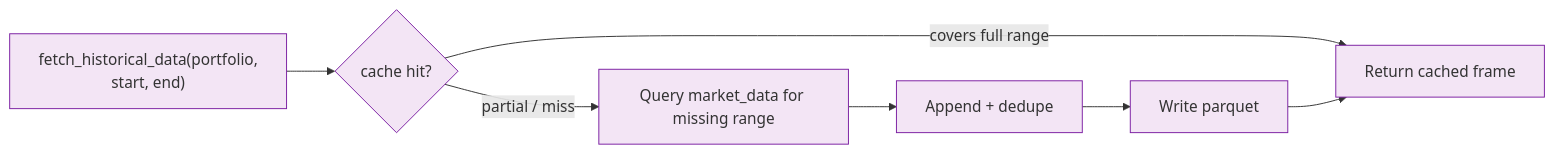
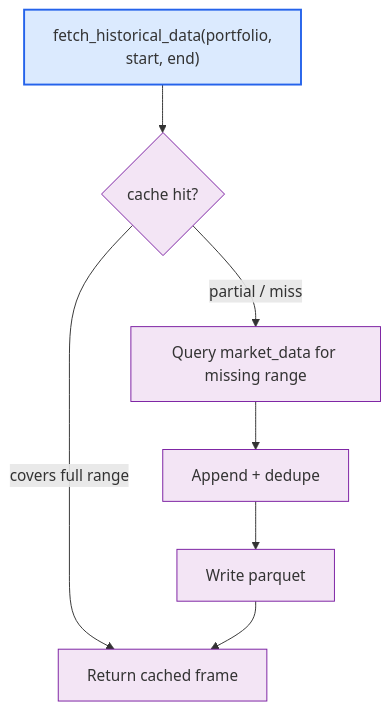
The sixth of 6 diagrams in docs/workflows/data-pipeline.md (MUNQuantSociety/MQSMaster), drawn with Mermaid before and after one commit. The commit also changed other lines of this file and 12 other files, not shown here.

Commit message:
docs: make workflow diagrams top-down hierarchies

````diff
--- a/docs/workflows/data-pipeline.md
+++ b/docs/workflows/data-pipeline.md
@@ -192,12 +190,13 @@
 ```mermaid
-flowchart LR
+flowchart TD
     REQ["fetch_historical_data(portfolio,<br/>start, end)"] --> CACHE{cache hit?}
     CACHE -->|"covers full range"| RET["Return cached frame"]
     CACHE -->|"partial / miss"| FETCH["Query market_data for missing range"]
     FETCH --> MERGE["Append + dedupe"]
     MERGE --> SAVE["Write parquet"]
     SAVE --> RET
 
     classDef cache fill:#f3e5f5,stroke:#7b1fa2
     class REQ,CACHE,RET,FETCH,MERGE,SAVE cache
+    style REQ fill:#dbeafe,stroke:#2563eb,stroke-width:2px
 ```
````
